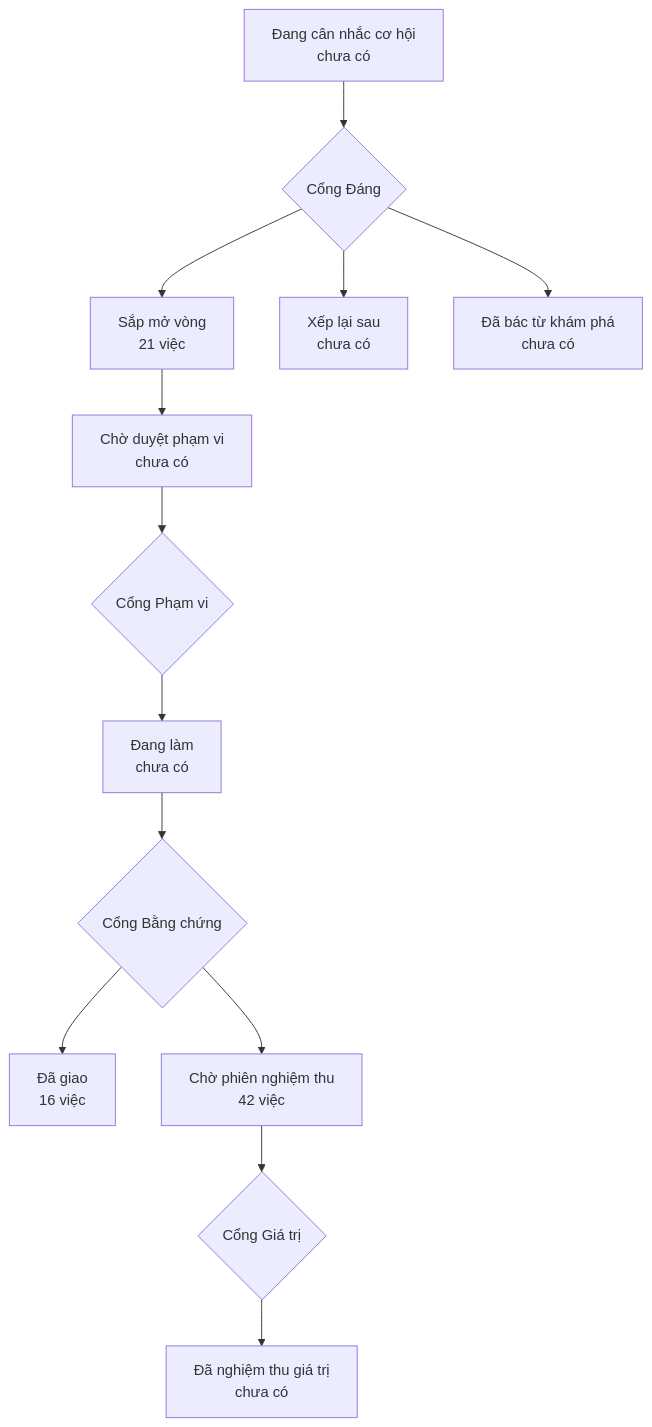
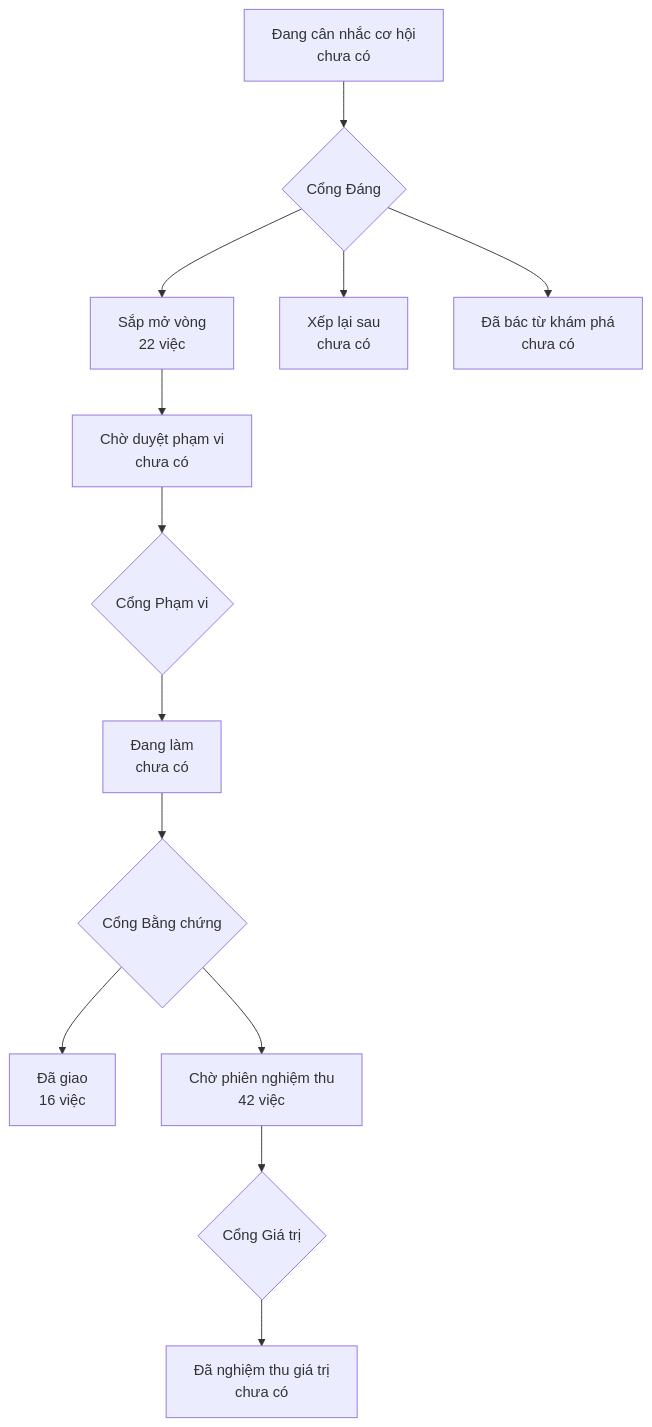
Before and after one commit to phanlemanh/onehub-quy-hang: the diagram in PRODUCT-MAP.md, drawn with Mermaid. The commit also changed other lines of this file and 9 other files, not shown here.

````diff
--- a/PRODUCT-MAP.md
+++ b/PRODUCT-MAP.md
@@ -7,12 +7,12 @@
 ```mermaid
 flowchart TD
   A["Đang cân nhắc cơ hội<br/>chưa có"] --> GD{"Cổng Đáng"}
-  GD --> B["Sắp mở vòng<br/>21 việc"]
+  GD --> B["Sắp mở vòng<br/>22 việc"]
   GD --> XL["Xếp lại sau<br/>chưa có"]
   GD --> DB["Đã bác từ khám phá<br/>chưa có"]
   B --> CD["Chờ duyệt phạm vi<br/>chưa có"] --> GP{"Cổng Phạm vi"}
   GP --> DL["Đang làm<br/>chưa có"] --> GB{"Cổng Bằng chứng"}
   GB --> DG["Đã giao<br/>16 việc"]
   GB --> CN["Chờ phiên nghiệm thu<br/>42 việc"] --> GG{"Cổng Giá trị"}
   GG --> NT["Đã nghiệm thu giá trị<br/>chưa có"]
 ```
````
